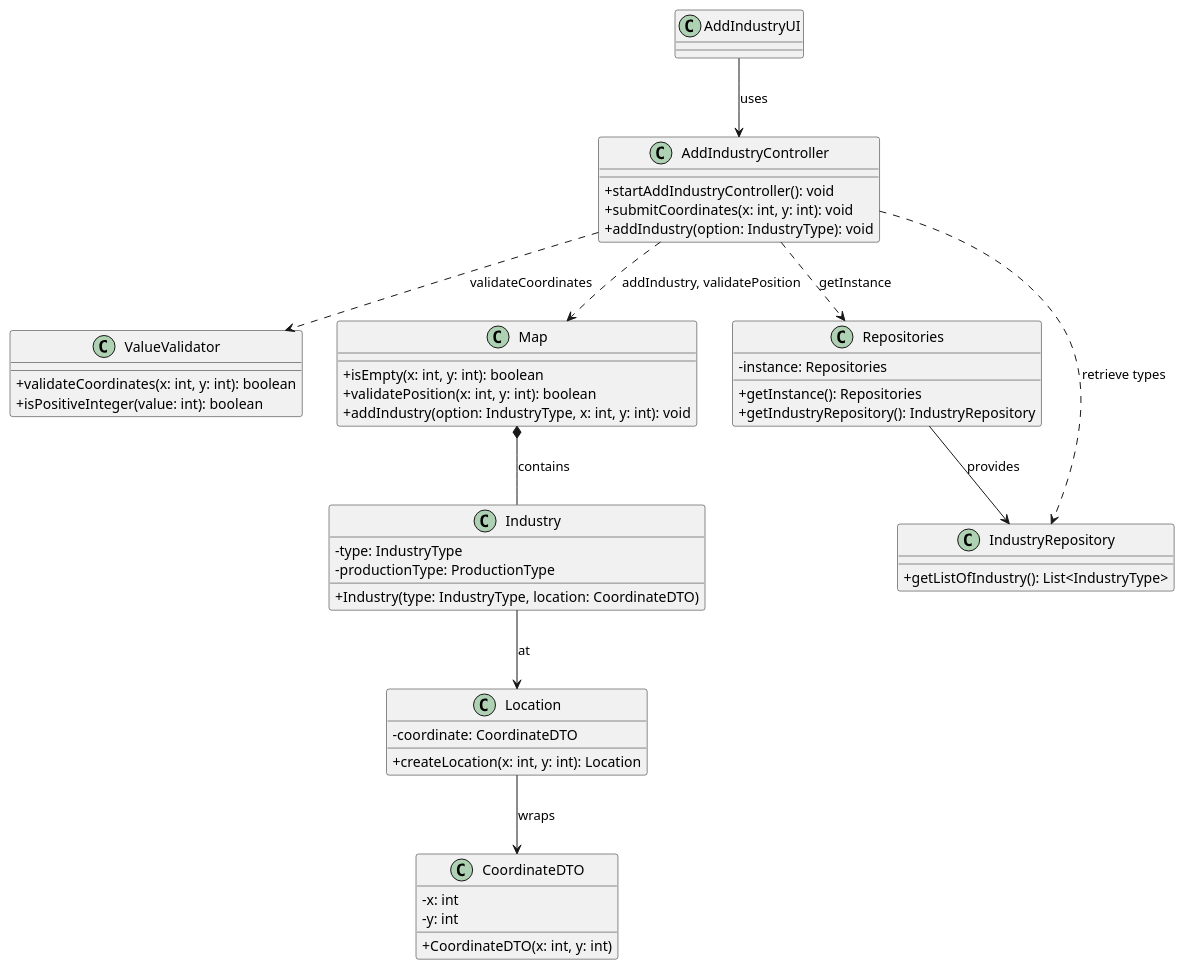
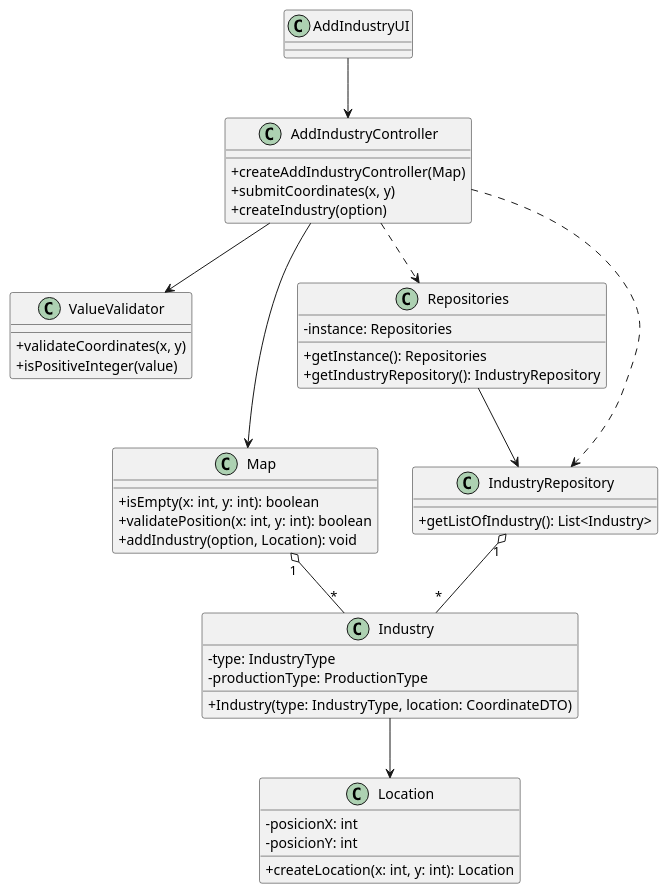
Before and after one commit to 1240826/empire-on-tracks: the diagram in docs/system-documentation/US002/03.design/puml/US002-CD.puml, drawn with PlantUML. The commit also changed 3 other files, not shown here.

```diff
--- a/docs/system-documentation/US002/03.design/puml/US002-CD.puml
+++ b/docs/system-documentation/US002/03.design/puml/US002-CD.puml
@@ -1,70 +1,65 @@
 @startuml
 skinparam classAttributeIconSize 0
 skinparam shadowing false
 skinparam packageStyle rectangle
 
 ' --- Classes ---
 class AddIndustryUI {
-
 }
 
 class AddIndustryController {
-  + startAddIndustryController(): void
-  + submitCoordinates(x: int, y: int): void
-  + addIndustry(option: IndustryType): void
+  + createAddIndustryController(Map)
+  + submitCoordinates(x, y)
+  + createIndustry(option)
 }
 
 class ValueValidator {
-  + validateCoordinates(x: int, y: int): boolean
-  + isPositiveInteger(value: int): boolean
+  + validateCoordinates(x, y)
+  + isPositiveInteger(value)
 }
 
 class Map {
   + isEmpty(x: int, y: int): boolean
   + validatePosition(x: int, y: int): boolean
-  + addIndustry(option: IndustryType, x: int, y: int): void
-}
-
-class CoordinateDTO {
-  - x: int
-  - y: int
-  + CoordinateDTO(x: int, y: int)
+  + addIndustry(option, Location): void
 }
 
 class Repositories {
   - instance: Repositories
   + getInstance(): Repositories
   + getIndustryRepository(): IndustryRepository
 }
 
 class IndustryRepository {
-  + getListOfIndustry(): List<IndustryType>
+  + getListOfIndustry(): List<Industry>
 }
 
 class Industry {
   - type: IndustryType
   - productionType: ProductionType
   + Industry(type: IndustryType, location: CoordinateDTO)
 }
 
 class Location {
-  - coordinate: CoordinateDTO
+  - posicionX: int
+  - posicionY: int
   + createLocation(x: int, y: int): Location
 }
 
+' --- Relationships ---
+AddIndustryUI --> AddIndustryController
+AddIndustryController --> ValueValidator
+AddIndustryController --> Map
+AddIndustryController ..> Repositories
+AddIndustryController ..> IndustryRepository
+Repositories --> IndustryRepository
 
+' AGGREGATION: IndustryRepository contains Industry
+IndustryRepository "1" o-- "*" Industry
 
+' AGGREGATION: Map contains Industry (could be composition if Map is exclusive owner)
+Map "1" o-- "*" Industry
 
-
-' --- Relationships ---
-AddIndustryUI --> AddIndustryController : uses
-AddIndustryController ..> ValueValidator : validateCoordinates
-AddIndustryController ..> Map            : addIndustry, validatePosition
-AddIndustryController ..> Repositories   : getInstance
-Repositories --> IndustryRepository      : provides
-AddIndustryController ..> IndustryRepository : retrieve types
-Map *-- Industry : contains
-Industry --> Location : at
-Location --> CoordinateDTO : wraps
+Industry --> Location
 
 @enduml
```
